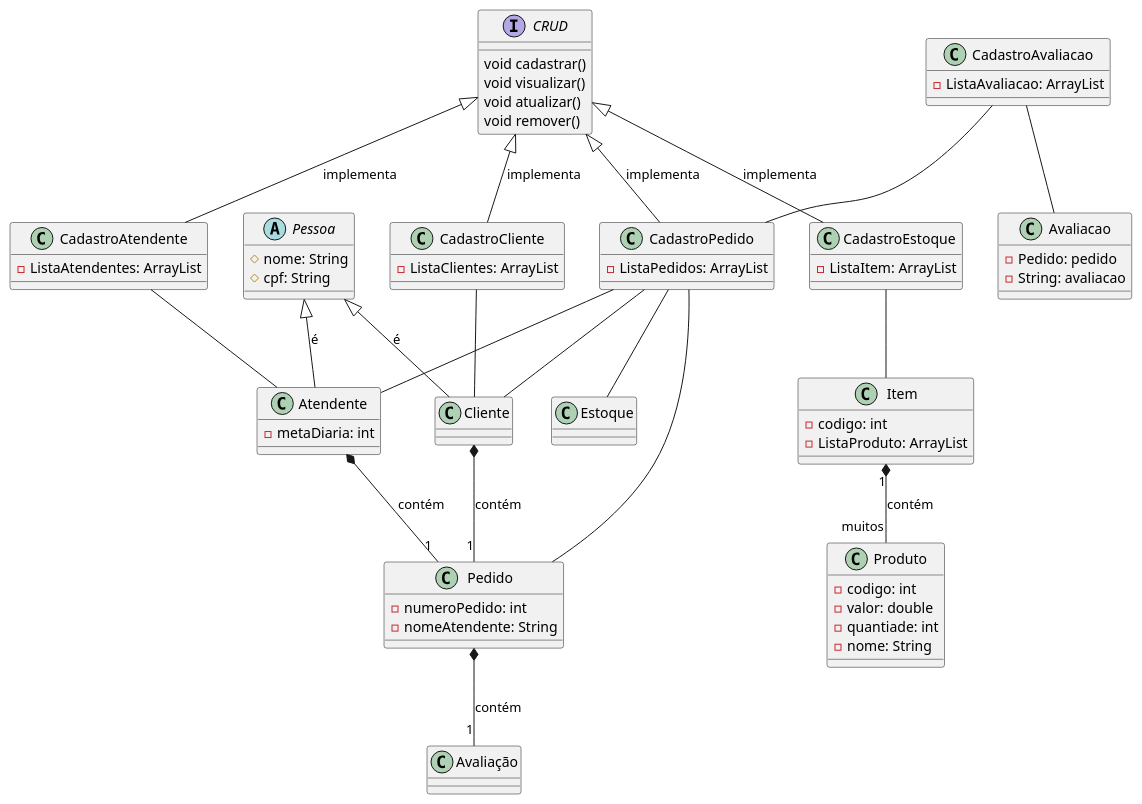
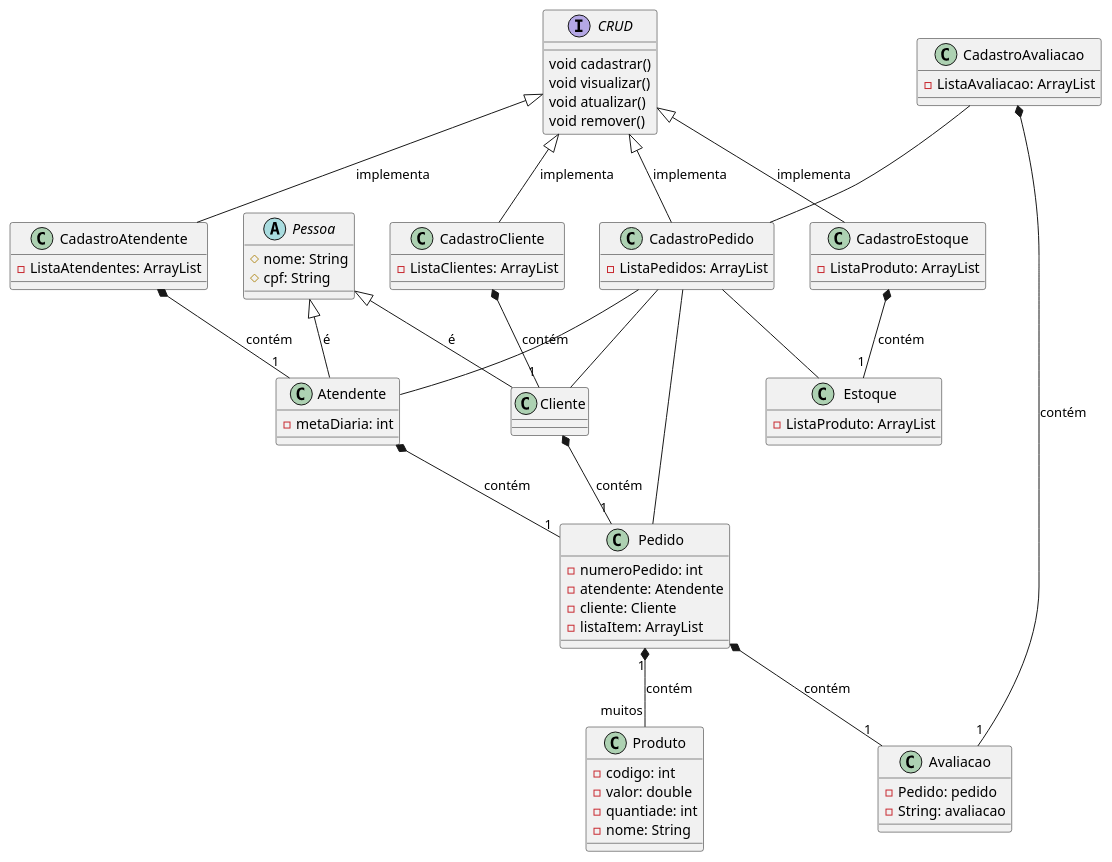
One commit to felipesoares-tech/ads changed the diagram in ads3/poo/Semana7/aula01/lanchonete.plantuml. Above: the diagram before and after it, drawn with PlantUML.

Commit message:
poo: novas alteracoes

```diff
--- a/ads3/poo/Semana7/aula01/lanchonete.plantuml
+++ b/ads3/poo/Semana7/aula01/lanchonete.plantuml
@@ -1,86 +1,83 @@
 @startuml lanchonete
 abstract Class Pessoa{
     #nome: String
     #cpf: String
 }
 Class Pedido{
     -numeroPedido: int
-    -nomeAtendente: String
+    -atendente: Atendente
+    -cliente: Cliente
+    -listaItem: ArrayList
 }
 Class Avaliacao{
     -Pedido: pedido
     -String: avaliacao
 }
 
 Interface CRUD{
     void cadastrar()
     void visualizar()
     void atualizar()
     void remover()
 }
 
 Class Produto{
     -codigo: int
     -valor: double
     -quantiade: int
     -nome: String
 }
 
-Class Item{
-    -codigo: int
+Class Estoque{
     -ListaProduto: ArrayList
-}
-
-Class Estoque{
-
 }
 
 
 Class Cliente{
 
 }
 
 Class Atendente{
     -metaDiaria: int
 }
 
 Class CadastroCliente{
     -ListaClientes: ArrayList
 }
 
 Class CadastroPedido{
     -ListaPedidos: ArrayList
 }
 
 Class CadastroAtendente{
     -ListaAtendentes: ArrayList
 }
 
 Class CadastroEstoque{
-    -ListaItem: ArrayList
+    -ListaProduto: ArrayList
 }
 
 Class CadastroAvaliacao{
     -ListaAvaliacao: ArrayList
 }
 
 Pessoa <|-- Cliente: é
 Pessoa <|-- Atendente: é
 CRUD <|-- CadastroCliente: implementa
 CRUD <|-- CadastroAtendente: implementa
 CRUD <|-- CadastroEstoque: implementa
 CRUD <|-- CadastroPedido: implementa
 Cliente *-- "1" Pedido: contém
-Item "1" *-- "muitos" Produto : contém
+Pedido "1" *-- "muitos" Produto : contém
 Atendente *-- "1" Pedido: contém
-Pedido *-- "1" Avaliação: contém
+Pedido *-- "1" Avaliacao: contém
 CadastroPedido -- Cliente
 CadastroPedido -- Atendente
 CadastroPedido -- Pedido
 CadastroPedido -- Estoque
-CadastroCliente -- Cliente
-CadastroAtendente -- Atendente
-CadastroEstoque -- Item
-CadastroAvaliacao -- Avaliacao
+CadastroCliente *-- "1" Cliente: contém
+CadastroAtendente *-- "1" Atendente: contém
+CadastroEstoque *-- "1" Estoque: contém
+CadastroAvaliacao *-- "1" Avaliacao: contém
 CadastroAvaliacao -- CadastroPedido
 @enduml
```
